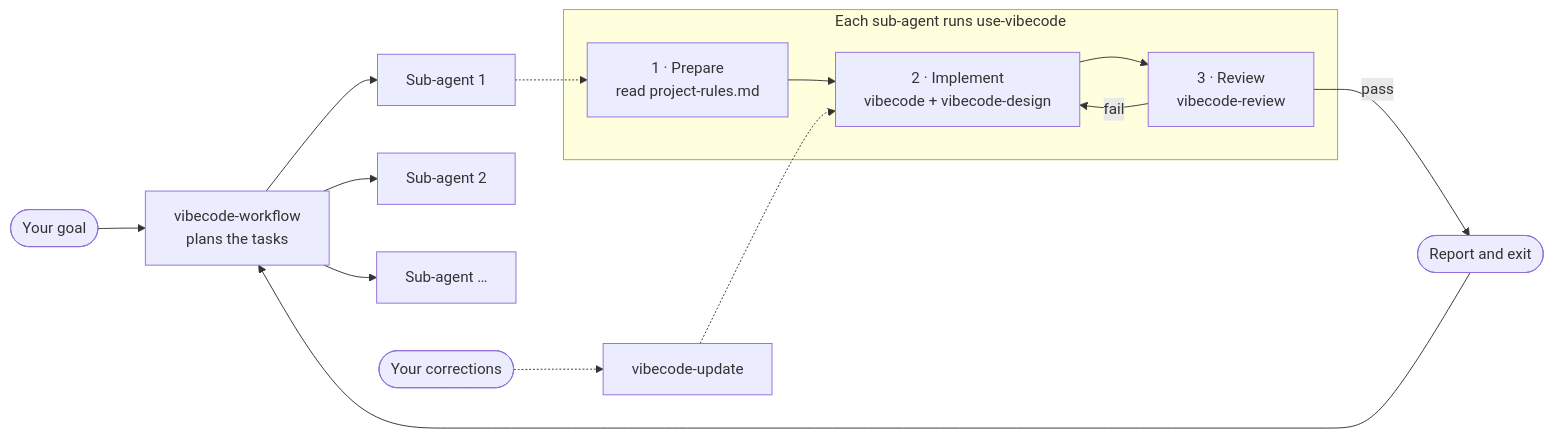
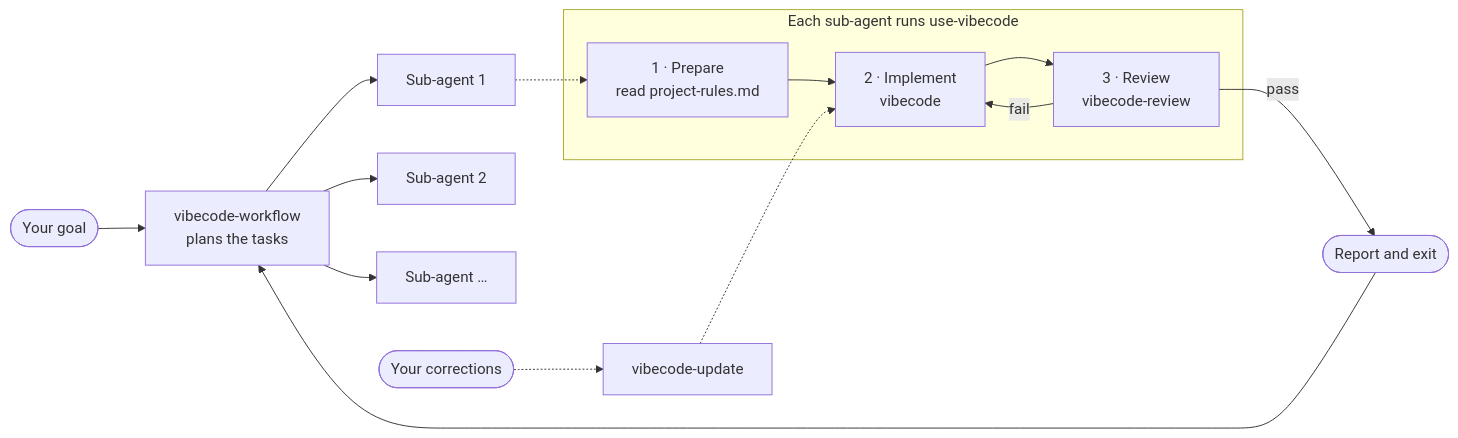
One commit to lysari/vibecode-skills changed the diagram in README.md. Above: the diagram before and after it, drawn with Mermaid. The commit also changed other lines of this file and 11 other files, not shown here.

````diff
--- a/README.md
+++ b/README.md
@@ -231,20 +230,20 @@
 ```mermaid
 flowchart LR
     U([Your goal]) --> W[vibecode-workflow<br/>plans the tasks]
     W --> S1[Sub-agent 1]
     W --> S2[Sub-agent 2]
     W --> S3[Sub-agent …]
 
     subgraph Each["Each sub-agent runs use-vibecode"]
-        P[1 · Prepare<br/>read project-rules.md] --> I[2 · Implement<br/>vibecode + vibecode-design]
+        P[1 · Prepare<br/>read project-rules.md] --> I[2 · Implement<br/>vibecode]
         I --> R[3 · Review<br/>vibecode-review]
         R -- fail --> I
     end
 
     S1 -.-> P
     R -- pass --> D([Report and exit])
     D --> W
 
     F([Your corrections]) -.-> L[vibecode-update]
     L -.-> I
 ```
````
